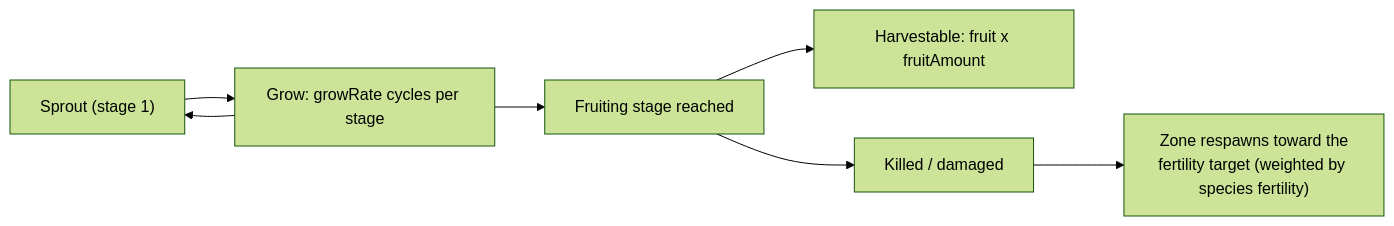
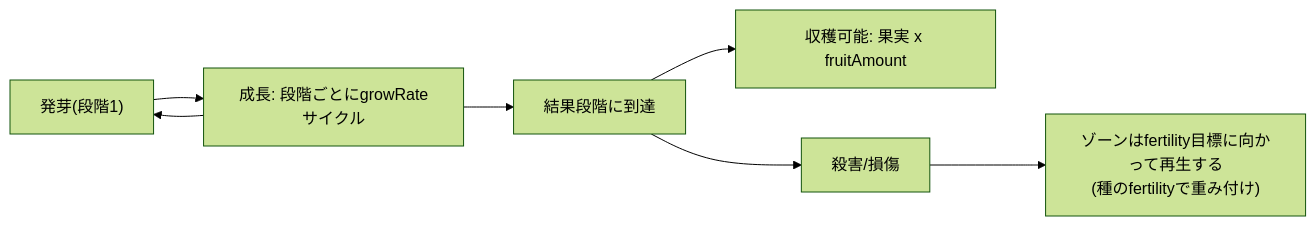
One commit to OpenPerpetuum/wiki changed the diagram in content/ja/content/plants.md. Above: the diagram before and after it, drawn with Mermaid (forest theme). The commit also changed other lines of this file and 12188 other files, not shown here.

````diff
--- a/content/ja/content/plants.md
+++ b/content/ja/content/plants.md
@@ -16,9 +16,9 @@
 ```mermaid
 flowchart LR
-    S["Sprout (stage 1)"] --> G["Grow: growRate cycles per stage"]
+    S["発芽(段階1)"] --> G["成長: 段階ごとにgrowRateサイクル"]
     G --> S
-    G --> F["Fruiting stage reached"]
-    F --> H["Harvestable: fruit x fruitAmount"]
-    F --> K["Killed / damaged"]
-    K --> R["Zone respawns toward the\nfertility target (weighted by species fertility)"]
+    G --> F["結果段階に到達"]
+    F --> H["収穫可能: 果実 x fruitAmount"]
+    F --> K["殺害/損傷"]
+    K --> R["ゾーンはfertility目標に向かって再生する\n(種のfertilityで重み付け)"]
 ```
````
